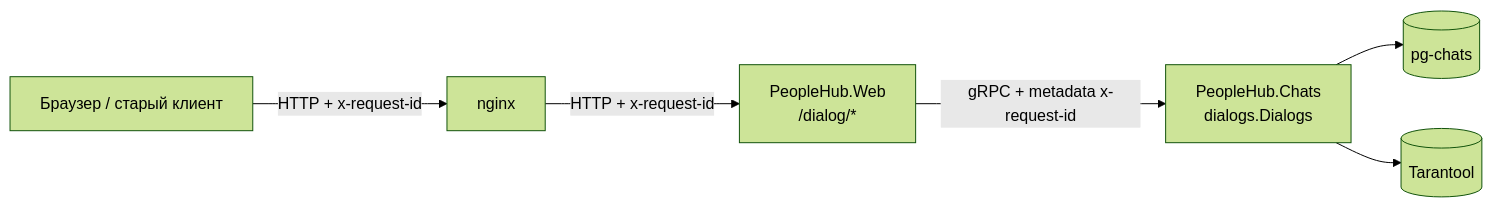
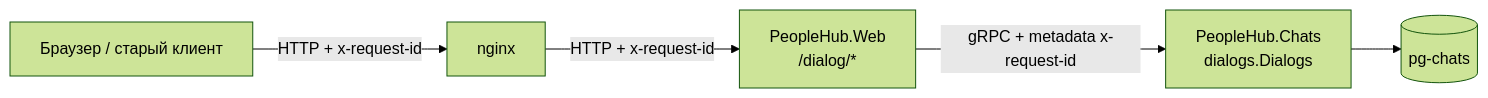
One commit to soweneer/otus.people-hub changed the diagram in docs/dialogs-service.md. Above: the diagram before and after it, drawn with Mermaid (forest theme). The commit also changed other lines of this file and 103 other files, not shown here.

````diff
--- a/docs/dialogs-service.md
+++ b/docs/dialogs-service.md
@@ -10,8 +10,7 @@
 ```mermaid
 flowchart LR
     A["Браузер / старый клиент"] -->|"HTTP + x-request-id"| B["nginx"]
     B -->|"HTTP + x-request-id"| C["PeopleHub.Web<br/>/dialog/*"]
     C -->|"gRPC + metadata x-request-id"| D["PeopleHub.Chats<br/>dialogs.Dialogs"]
     D --> E[("pg-chats")]
-    D --> F[("Tarantool")]
 ```
````
